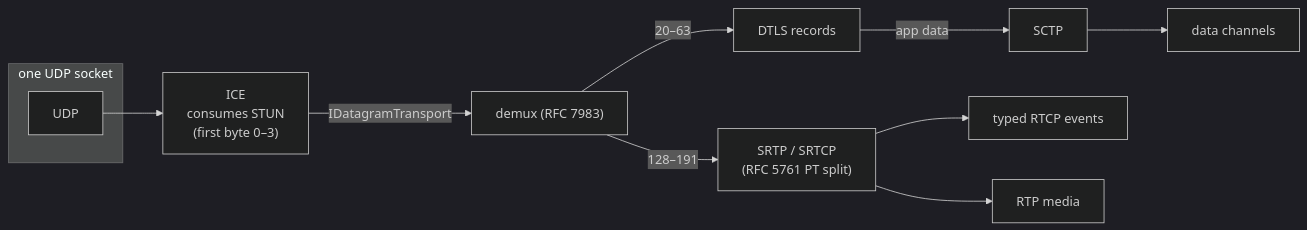
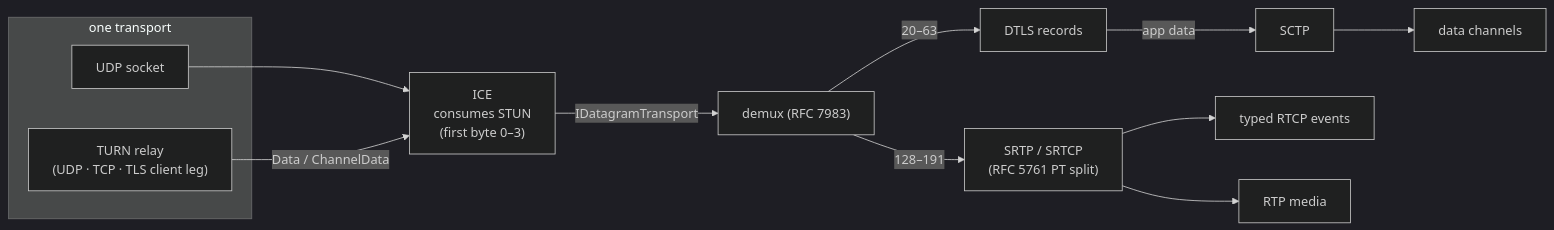
One commit to Proxeno/keryx changed the second of 3 diagrams in docs/architecture.md. Above: the diagram before and after it, drawn with Mermaid (dark theme). The commit also changed other lines of this file and 10 other files, not shown here.

First line of the commit message:
Refresh architecture and docs for the 0.7.0 work

````diff
--- a/docs/architecture.md
+++ b/docs/architecture.md
@@ -39,14 +54,16 @@
 ```mermaid
 graph LR
-    subgraph "one UDP socket"
-        SOCK[UDP]
+    subgraph "one transport"
+        SOCK[UDP socket]
+        RELAY["TURN relay<br/>(UDP · TCP · TLS client leg)"]
     end
     SOCK --> ICE2["ICE<br/>consumes STUN<br/>(first byte 0–3)"]
+    RELAY -->|"Data / ChannelData"| ICE2
     ICE2 -->|"IDatagramTransport"| DEMUX["demux (RFC 7983)"]
     DEMUX -->|"20–63"| DTLS2[DTLS records]
     DEMUX -->|"128–191"| SRTP2["SRTP / SRTCP<br/>(RFC 5761 PT split)"]
     DTLS2 -->|app data| SCTP2[SCTP]
     SCTP2 --> DC[data channels]
     SRTP2 --> RTCP[typed RTCP events]
     SRTP2 --> MEDIA[RTP media]
 ```
````
